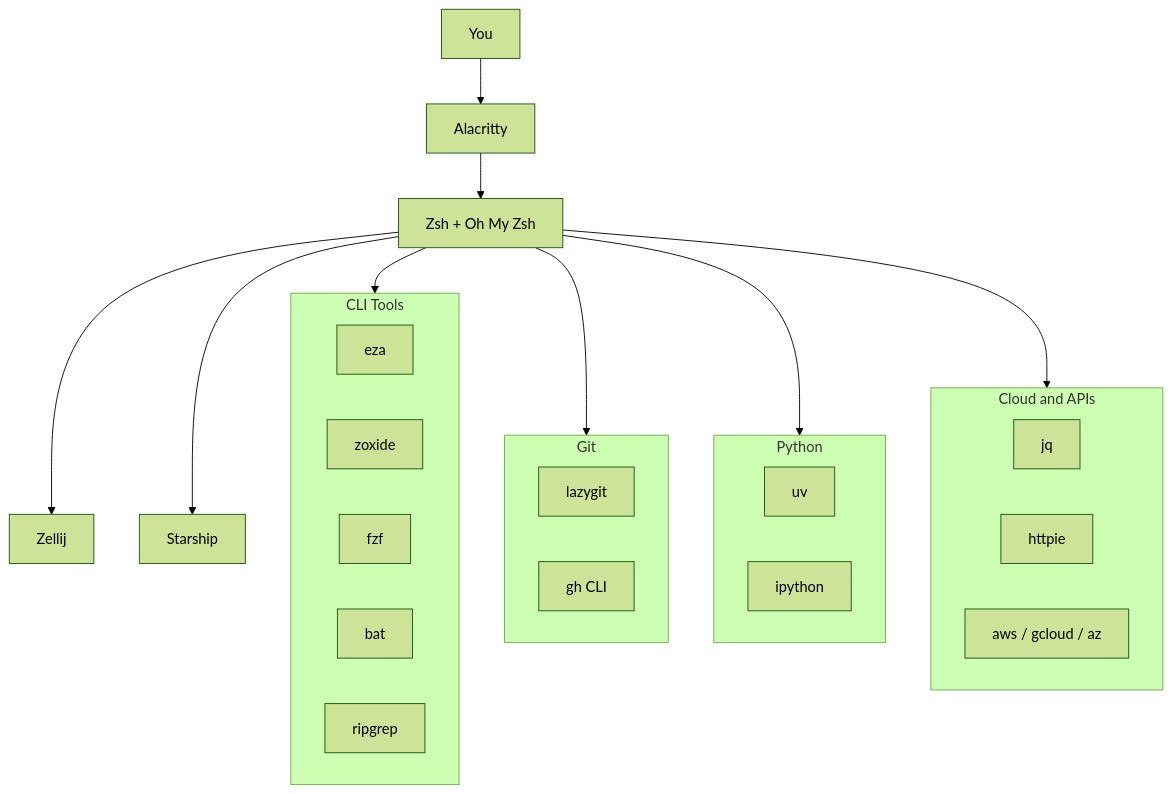
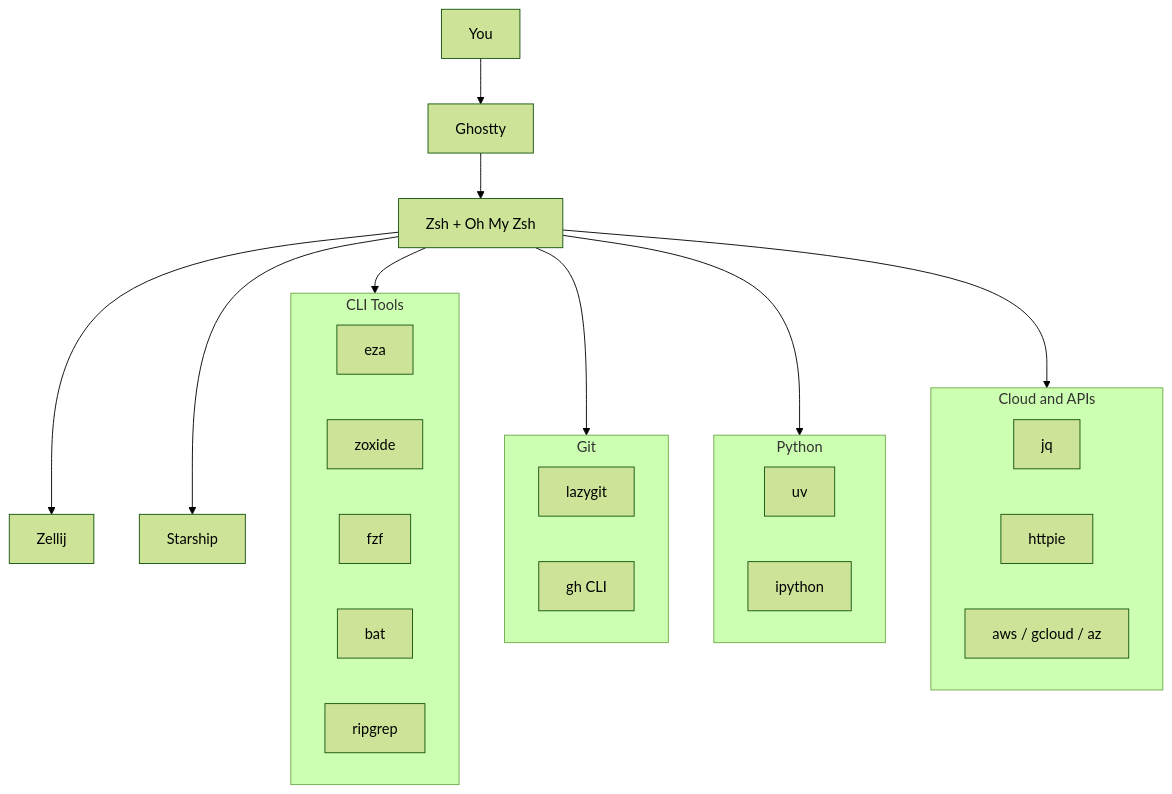
Before and after one commit to deepusharma/dotfiles: the first of 3 diagrams in README.md, drawn with Mermaid (forest theme). The commit also changed other lines of this file and 9 other files, not shown here.

Commit message:
feat: Replace Alacritty with Ghostty, introduce a comprehensive terminal tools cheatsheet, and update core dotfiles configurations.

````diff
--- a/README.md
+++ b/README.md
@@ -24,36 +24,36 @@
 ```mermaid
 graph TD
-    A[You] --> B[Alacritty]
+    A[You] --> B[Ghostty]
     B --> C[Zsh + Oh My Zsh]
     C --> D[Zellij]
     C --> E[Starship]
 
     subgraph CLITools[CLI Tools]
         F[eza]
         G[zoxide]
         H[fzf]
         I[bat]
         J[ripgrep]
     end
 
     subgraph GitTools[Git]
         K[lazygit]
         L[gh CLI]
     end
 
     subgraph PythonTools[Python]
         M[uv]
         N[ipython]
     end
 
     subgraph CloudTools[Cloud and APIs]
         O[jq]
         P[httpie]
         Q[aws / gcloud / az]
     end
 
     C --> CLITools
     C --> GitTools
     C --> PythonTools
     C --> CloudTools
 ```
````
